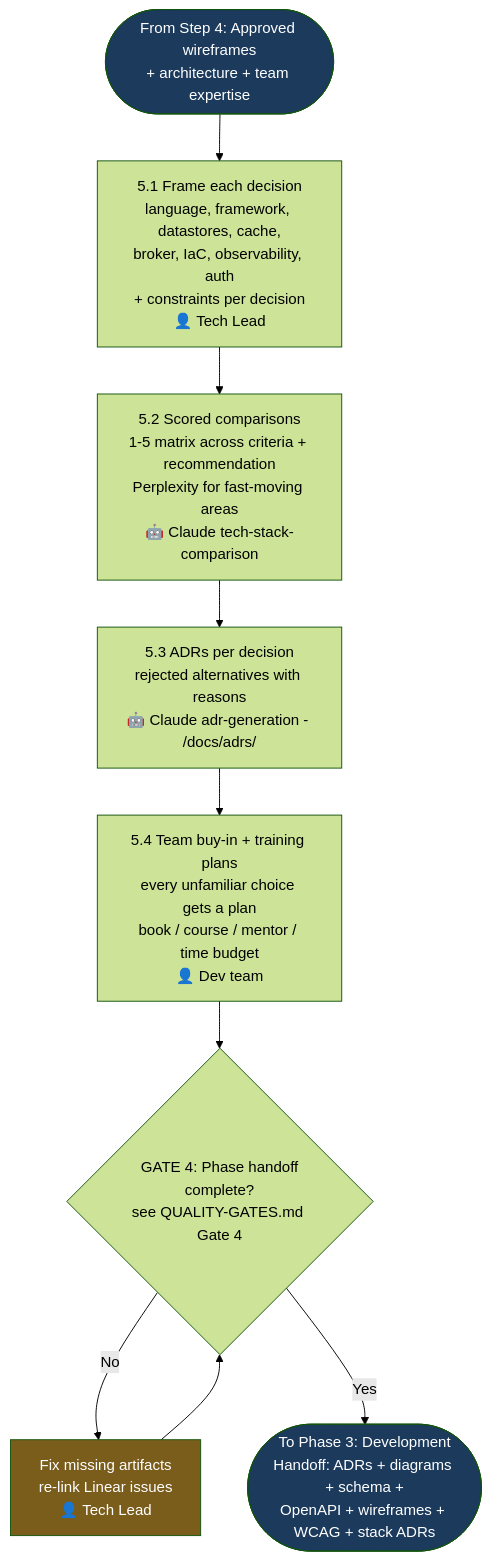
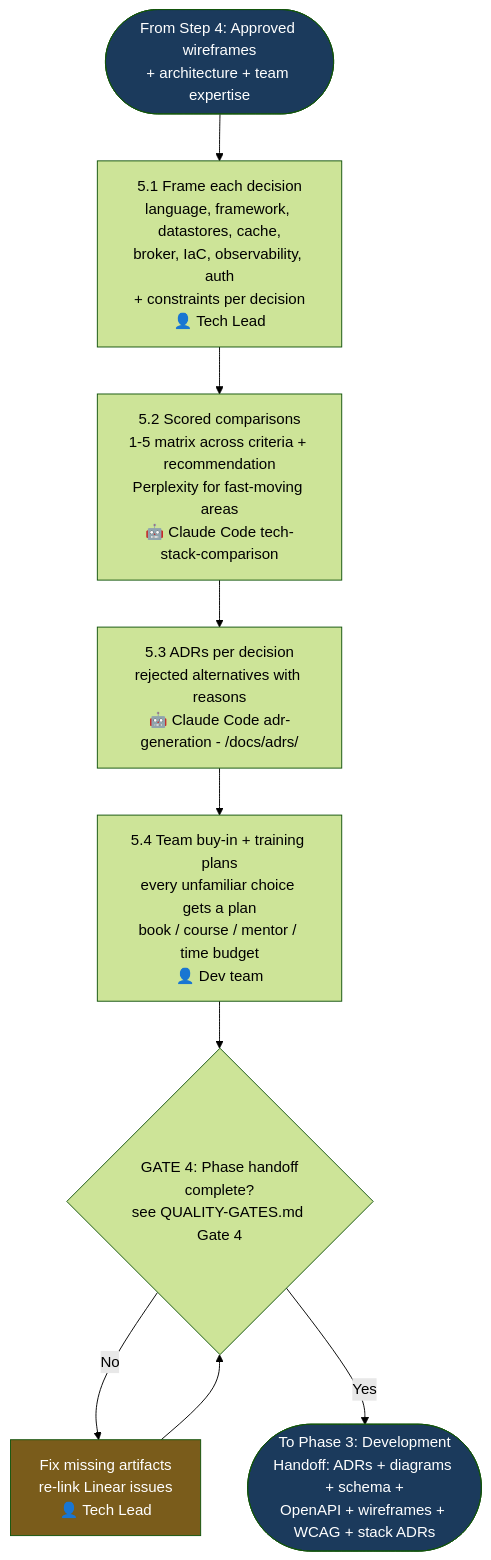
The sixth of 6 diagrams in aidlc-phases/02-system-design/FLOWCHART.md (kalpat-allion/ai-dlc), drawn with Mermaid (forest theme) before and after one commit. The commit also changed other lines of this file and 25 other files, not shown here.

````diff
--- a/aidlc-phases/02-system-design/FLOWCHART.md
+++ b/aidlc-phases/02-system-design/FLOWCHART.md
@@ -210,18 +200,18 @@
 ```mermaid
 flowchart TD
     T_IN([From Step 4: Approved wireframes<br/>+ architecture + team expertise]) --> T1
 
     T1[5.1 Frame each decision<br/>language, framework, datastores, cache,<br/>broker, IaC, observability, auth<br/>+ constraints per decision<br/>👤 Tech Lead] --> T2
-    T2[5.2 Scored comparisons<br/>1-5 matrix across criteria + recommendation<br/>Perplexity for fast-moving areas<br/>🤖 Claude tech-stack-comparison] --> T3
-    T3[5.3 ADRs per decision<br/>rejected alternatives with reasons<br/>🤖 Claude adr-generation - /docs/adrs/] --> T4
+    T2[5.2 Scored comparisons<br/>1-5 matrix across criteria + recommendation<br/>Perplexity for fast-moving areas<br/>🤖 Claude Code tech-stack-comparison] --> T3
+    T3[5.3 ADRs per decision<br/>rejected alternatives with reasons<br/>🤖 Claude Code adr-generation - /docs/adrs/] --> T4
     T4[5.4 Team buy-in + training plans<br/>every unfamiliar choice gets a plan<br/>book / course / mentor / time budget<br/>👤 Dev team] --> G4
 
     G4{GATE 4: Phase handoff<br/>complete?<br/>see QUALITY-GATES.md Gate 4}
     G4 -- No --> FIX[Fix missing artifacts<br/>re-link Linear issues<br/>👤 Tech Lead]
     FIX --> G4
     G4 -- Yes --> T_OUT([To Phase 3: Development<br/>Handoff: ADRs + diagrams + schema +<br/>OpenAPI + wireframes + WCAG + stack ADRs])
 
     style T_IN fill:#1B3A5C,color:#fff
     style T_OUT fill:#1B3A5C,color:#fff
     style FIX fill:#7A5C1B,color:#fff
 ```
````
